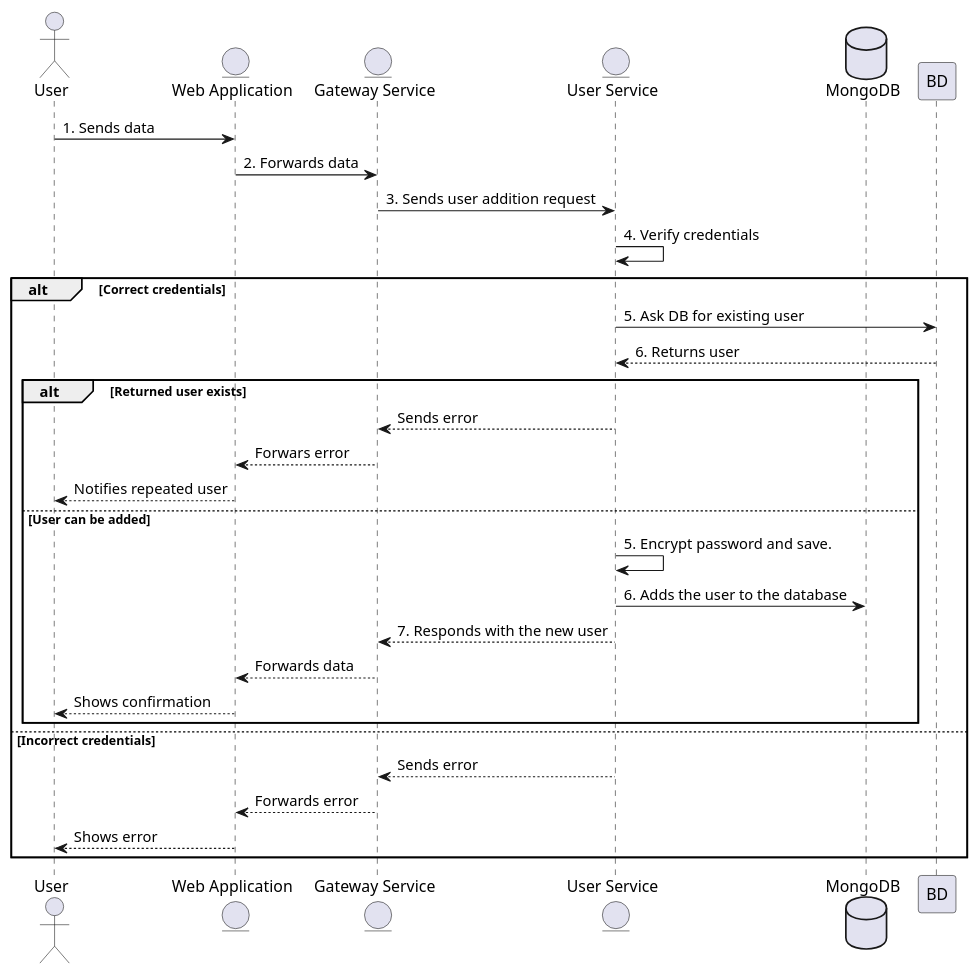
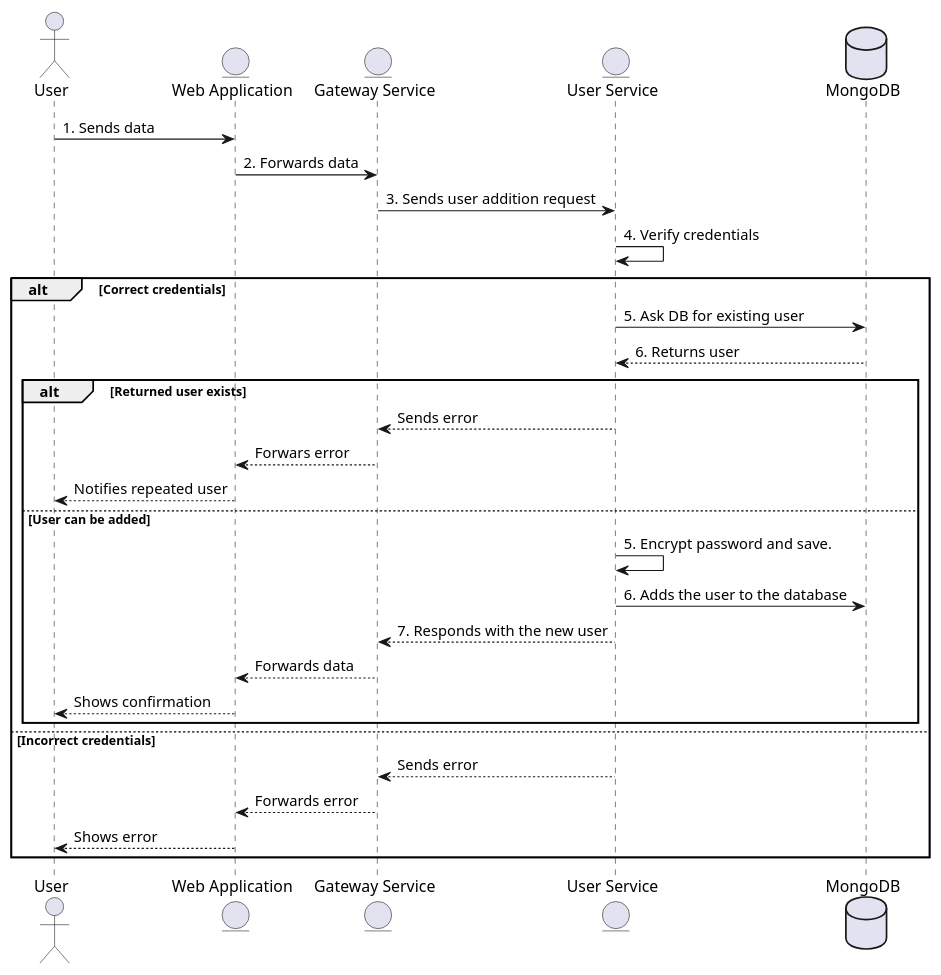
The first of 3 diagrams in docs/src/06_runtime_view.adoc (Arquisoft/wichat_en2b), drawn with PlantUML before and after one commit. The commit also changed other lines of this file, not shown here.

```diff
--- a/docs/src/06_runtime_view.adoc
+++ b/docs/src/06_runtime_view.adoc
@@ -45,37 +45,37 @@
 [plantuml,"Register diagram",png]
 ----
 actor User
 entity WA as "Web Application"
 entity GS as "Gateway Service"
 entity US as "User Service"
 database DB as "MongoDB"
 
 User -> WA : 1. Sends data
 WA -> GS : 2. Forwards data
 GS -> US : 3. Sends user addition request
 US -> US : 4. Verify credentials
 
 alt Correct credentials
-    US -> BD : 5. Ask DB for existing user
-    US <-- BD : 6. Returns user
+    US -> DB : 5. Ask DB for existing user
+    US <-- DB : 6. Returns user
 
     alt Returned user exists
         GS <-- US : Sends error
         WA <-- GS : Forwars error
         User <--- WA : Notifies repeated user
 
     else User can be added
         US -> US : 5. Encrypt password and save.
         US -> DB : 6. Adds the user to the database
         US --> GS : 7. Responds with the new user
         GS --> WA : Forwards data
         WA --> User : Shows confirmation
     end
 
 else Incorrect credentials
     US --> GS : Sends error
     GS --> WA : Forwards error
     WA --> User : Shows error
 end
 
 ----
```
